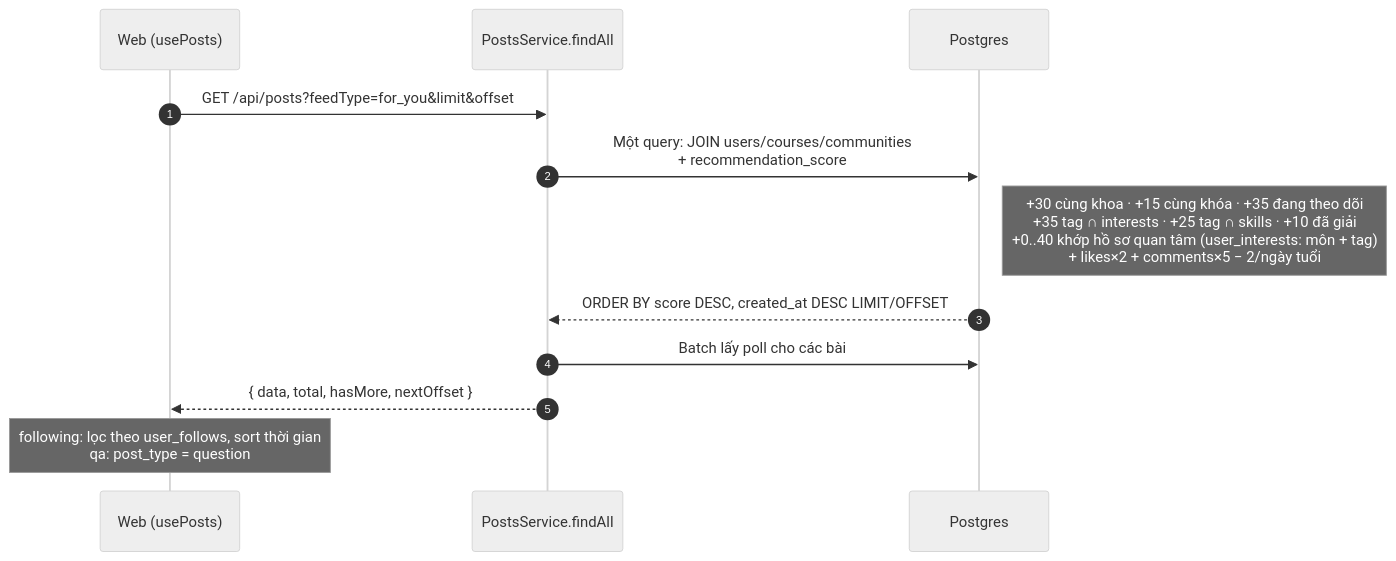
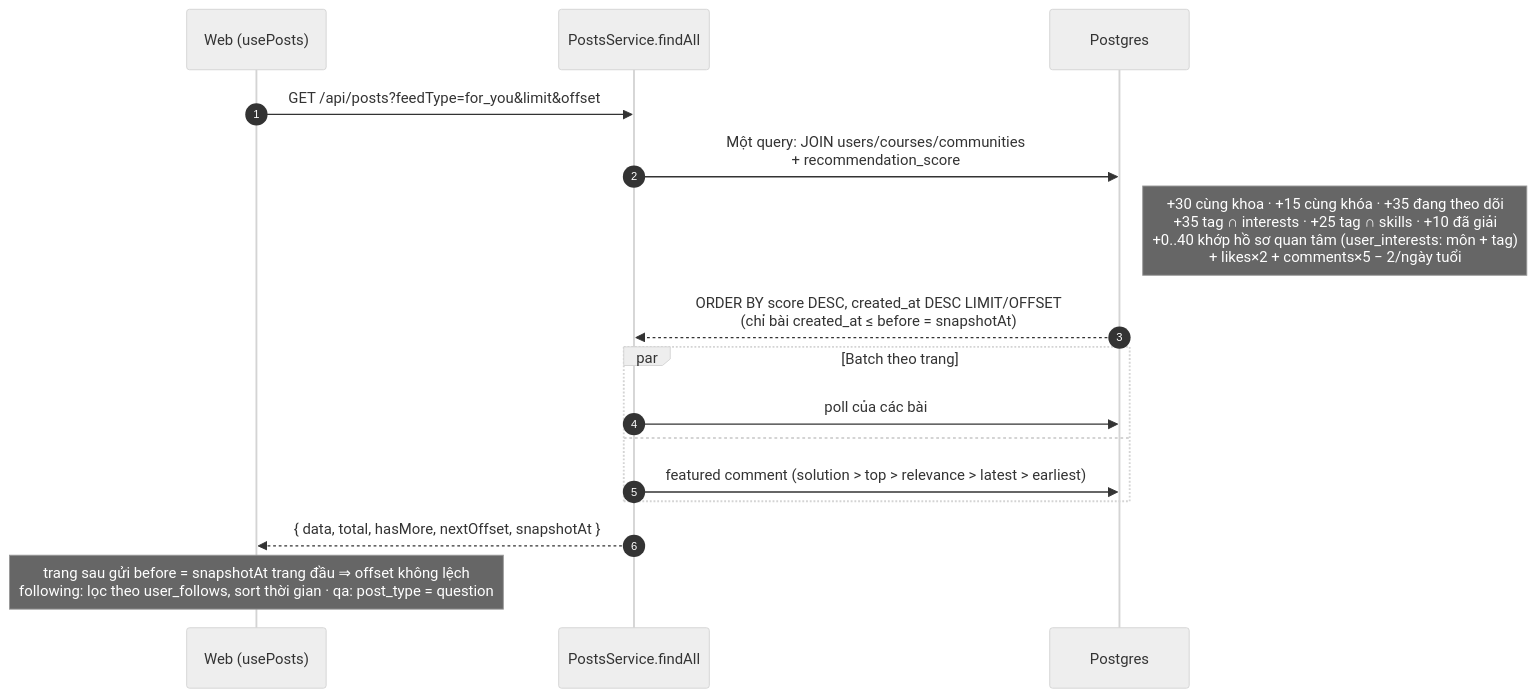
The fifth of 10 diagrams in docs/diagrams/05-flows.md (nhatcoi/pu-connect), drawn with Mermaid (neutral theme) before and after one commit. The commit also changed other lines of this file and 2 other files, not shown here.

Commit message:
docs(feed): document featured comment, new-since endpoint and snapshot window

````diff
--- a/docs/diagrams/05-flows.md
+++ b/docs/diagrams/05-flows.md
@@ -141,15 +141,19 @@
 ```mermaid
 sequenceDiagram
   autonumber
   participant W as Web (usePosts)
   participant P as PostsService.findAll
   participant DB as Postgres
 
   W->>P: GET /api/posts?feedType=for_you&limit&offset
   P->>DB: Một query: JOIN users/courses/communities<br/>+ recommendation_score
   Note right of DB: +30 cùng khoa · +15 cùng khóa · +35 đang theo dõi<br/>+35 tag ∩ interests · +25 tag ∩ skills · +10 đã giải<br/>+0..40 khớp hồ sơ quan tâm (user_interests: môn + tag)<br/>+ likes×2 + comments×5 − 2/ngày tuổi
-  DB-->>P: ORDER BY score DESC, created_at DESC LIMIT/OFFSET
-  P->>DB: Batch lấy poll cho các bài
-  P-->>W: { data, total, hasMore, nextOffset }
-  Note over W: following: lọc theo user_follows, sort thời gian<br/>qa: post_type = question
+  DB-->>P: ORDER BY score DESC, created_at DESC LIMIT/OFFSET<br/>(chỉ bài created_at ≤ before = snapshotAt)
+  par Batch theo trang
+    P->>DB: poll của các bài
+  and
+    P->>DB: featured comment (solution > top > relevance > latest > earliest)
+  end
+  P-->>W: { data, total, hasMore, nextOffset, snapshotAt }
+  Note over W: trang sau gửi before = snapshotAt trang đầu ⇒ offset không lệch<br/>following: lọc theo user_follows, sort thời gian · qa: post_type = question
 ```
````
